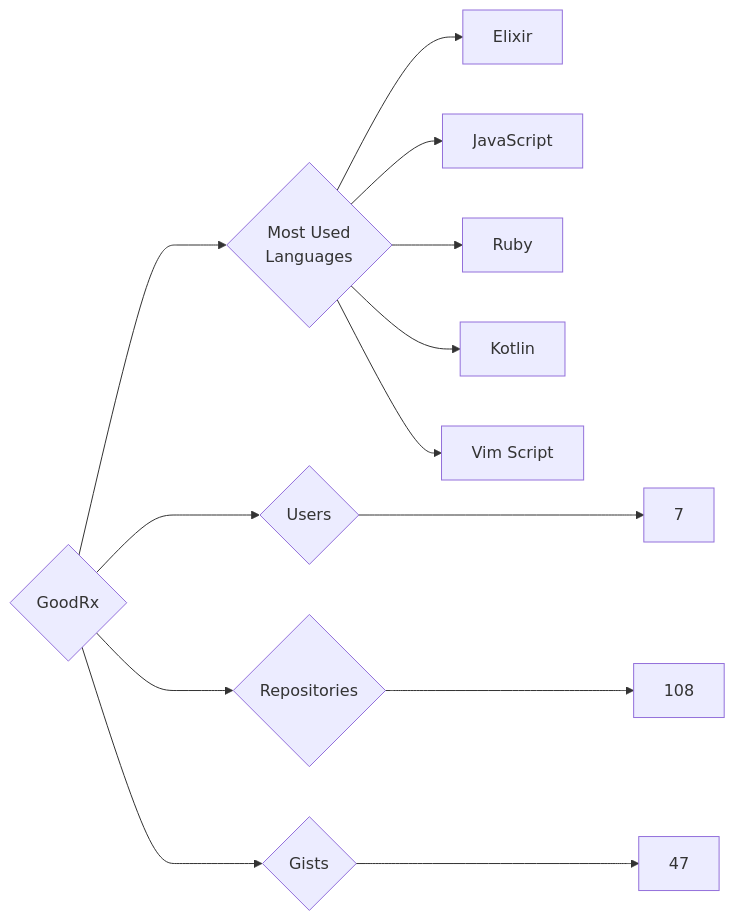
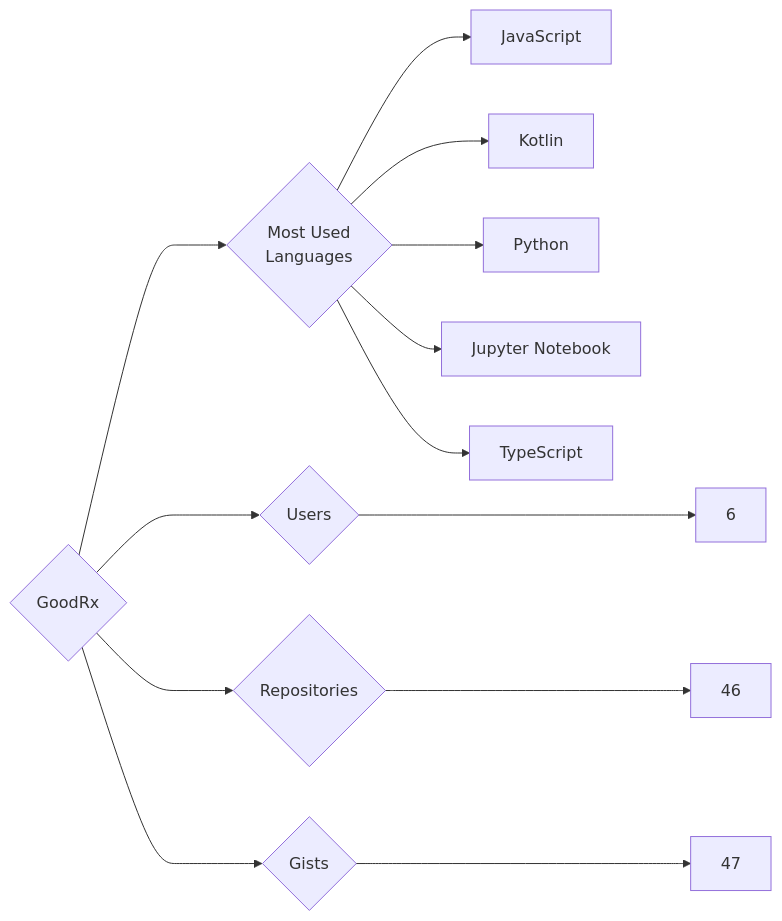
The diagram in targets/GoodRx/README.md (trickest/insiders), drawn with Mermaid before and after one commit. The commit also changed 942 other files, not shown here.

````diff
--- a/targets/GoodRx/README.md
+++ b/targets/GoodRx/README.md
@@ -3,13 +3,13 @@
 ```mermaid
 graph LR
 COMPANY_NAME{GoodRx}
-COMPANY_NAME ---> U{Users} ---> UN[7]
-COMPANY_NAME ---> R{Repositories} ---> RN[108]
+COMPANY_NAME ---> U{Users} ---> UN[6]
+COMPANY_NAME ---> R{Repositories} ---> RN[46]
 COMPANY_NAME ---> G{Gists} ---> GN[47]
 COMPANY_NAME ---> ML{Most Used<br>Languages}
-ML --> Elixir[Elixir]
 ML --> JavaScript[JavaScript]
-ML --> Ruby[Ruby]
 ML --> Kotlin[Kotlin]
-ML --> Vim_Script[Vim Script]
+ML --> Python[Python]
+ML --> Jupyter_Notebook[Jupyter Notebook]
+ML --> TypeScript[TypeScript]
 ```
````
